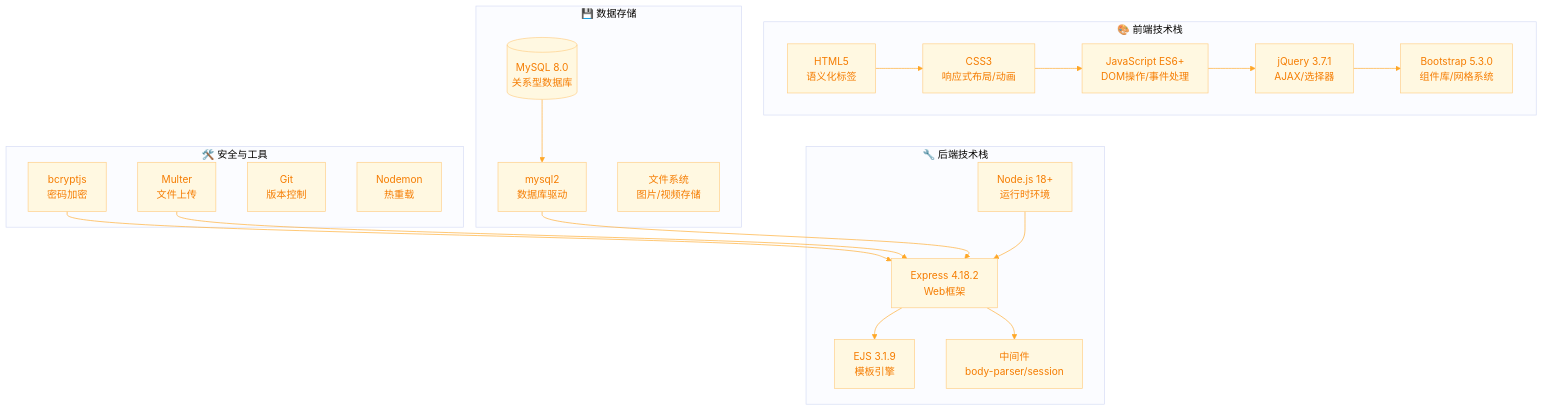
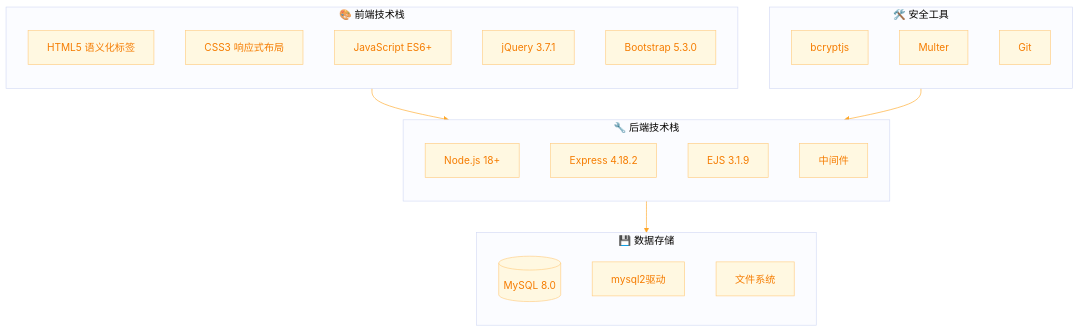
The fourth of 18 diagrams in docs/架构设计.md (keyoshoin/movie-website), drawn with Mermaid before and after one commit. The commit also changed other lines of this file, not shown here.

Commit message:
优化架构图：技术栈层次图减少宽度，ER图改为表格形式

````diff
--- a/docs/架构设计.md
+++ b/docs/架构设计.md
@@ -133,37 +133,38 @@
 ```mermaid
 %%{init: {'theme': 'base', 'themeVariables': { 'background': '#ffffff', 'primaryColor': '#fff8e1', 'primaryTextColor': '#f57c00', 'primaryBorderColor': '#ffcc80', 'lineColor': '#ffa726'}}}%%
 graph TD
     subgraph frontend["🎨 前端技术栈"]
-        FE1["HTML5<br/>语义化标签"]
-        FE2["CSS3<br/>响应式布局/动画"]
-        FE3["JavaScript ES6+<br/>DOM操作/事件处理"]
-        FE4["jQuery 3.7.1<br/>AJAX/选择器"]
-        FE5["Bootstrap 5.3.0<br/>组件库/网格系统"]
+        direction TB
+        FE1["HTML5 语义化标签"]
+        FE2["CSS3 响应式布局"]
+        FE3["JavaScript ES6+"]
+        FE4["jQuery 3.7.1"]
+        FE5["Bootstrap 5.3.0"]
     end
     
     subgraph backend["🔧 后端技术栈"]
-        BE1["Node.js 18+<br/>运行时环境"]
-        BE2["Express 4.18.2<br/>Web框架"]
-        BE3["EJS 3.1.9<br/>模板引擎"]
-        BE4["中间件<br/>body-parser/session"]
+        direction TB
+        BE1["Node.js 18+"]
+        BE2["Express 4.18.2"]
+        BE3["EJS 3.1.9"]
+        BE4["中间件"]
     end
     
     subgraph storage["💾 数据存储"]
-        DB1[("MySQL 8.0<br/>关系型数据库")]
-        DB2["mysql2<br/>数据库驱动"]
-        DB3["文件系统<br/>图片/视频存储"]
+        direction TB
+        DB1[("MySQL 8.0")]
+        DB2["mysql2驱动"]
+        DB3["文件系统"]
     end
     
-    subgraph tools["🛠️ 安全与工具"]
-        ST1["bcryptjs<br/>密码加密"]
-        ST2["Multer<br/>文件上传"]
-        ST3["Git<br/>版本控制"]
-        ST4["Nodemon<br/>热重载"]
+    subgraph tools["🛠️ 安全工具"]
+        direction TB
+        ST1["bcryptjs"]
+        ST2["Multer"]
+        ST3["Git"]
     end
     
-    FE1 --> FE2 --> FE3 --> FE4 --> FE5
-    BE1 --> BE2 --> BE3
-    BE2 --> BE4
-    DB1 --> DB2 --> BE2
-    ST1 & ST2 --> BE2
+    frontend --> backend
+    backend --> storage
+    tools --> backend
 ```
````
